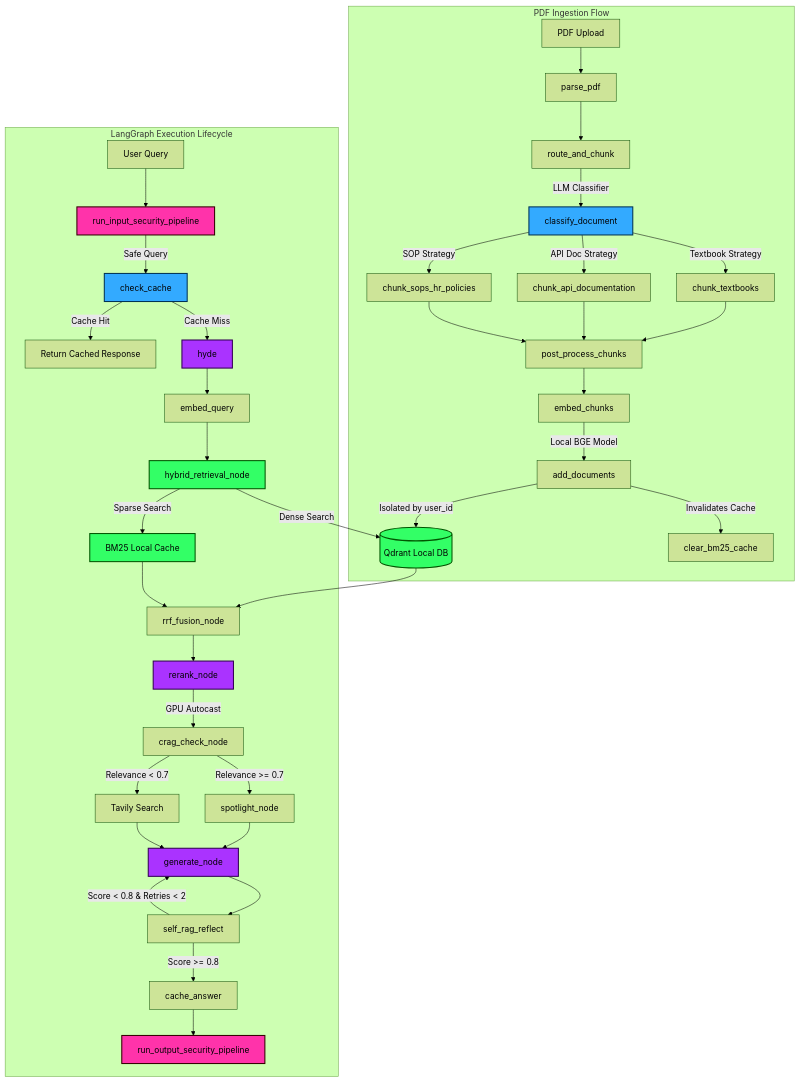
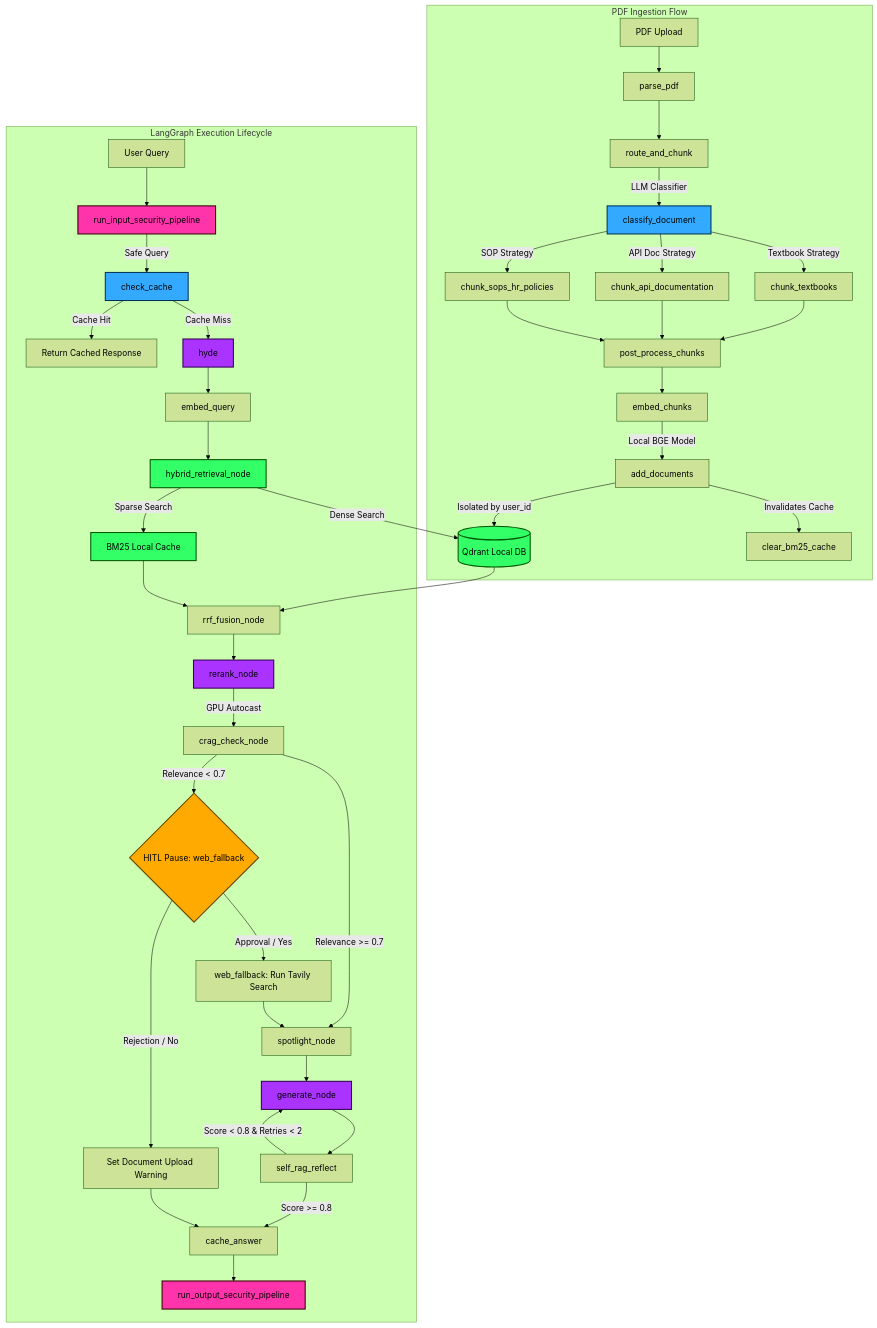
One commit to tarun-hu/Production_Rag_Pipeline changed the diagram in summary.md. Above: the diagram before and after it, drawn with Mermaid (forest theme). The commit also changed other lines of this file, not shown here.

Commit message:
Update summary.md with HITL, user-isolated caching, and Postgres autocommit architectures

````diff
--- a/summary.md
+++ b/summary.md
@@ -11,50 +11,56 @@
 ```mermaid
 graph TD
     %% Styling
     classDef security fill:#f3a,stroke:#300,stroke-width:2px;
     classDef router fill:#3af,stroke:#035,stroke-width:2px;
     classDef data fill:#3f6,stroke:#050,stroke-width:2px;
     classDef llm fill:#a3f,stroke:#305,stroke-width:2px;
+    classDef pause fill:#fa0,stroke:#640,stroke-width:2px;
 
     %% Ingestion Flow
     subgraph Ingestion Pipeline [PDF Ingestion Flow]
         A[PDF Upload] --> B[parse_pdf]
         B --> C[route_and_chunk]
         C -->|LLM Classifier| D[classify_document]
         D -->|Textbook Strategy| E1[chunk_textbooks]
         D -->|API Doc Strategy| E2[chunk_api_documentation]
         D -->|SOP Strategy| E3[chunk_sops_hr_policies]
         E1 & E2 & E3 --> F[post_process_chunks]
         F --> G[embed_chunks]
         G -->|Local BGE Model| H[add_documents]
         H -->|Isolated by user_id| I[(Qdrant Local DB)]
         H -->|Invalidates Cache| J[clear_bm25_cache]
     end
 
     %% Query Flow
     subgraph RAG Query Graph [LangGraph Execution Lifecycle]
         Q[User Query] --> K[run_input_security_pipeline]:::security
         K -->|Safe Query| L[check_cache]
         L -->|Cache Hit| M[Return Cached Response]
         L -->|Cache Miss| N[hyde]:::llm
         N --> O[embed_query]
         O --> P[hybrid_retrieval_node]:::data
         P -->|Dense Search| I
         P -->|Sparse Search| R[BM25 Local Cache]
         I & R --> S[rrf_fusion_node]
         S --> T[rerank_node]:::llm
         T -->|GPU Autocast| U[crag_check_node]
-        U -->|Relevance < 0.7| V[Tavily Search]
         U -->|Relevance >= 0.7| W[spotlight_node]
-        W & V --> X[generate_node]:::llm
+        U -->|Relevance < 0.7| Interrupt{HITL Pause: web_fallback}:::pause
+        Interrupt -->|Rejection / No| Z_Warn[Set Document Upload Warning]
+        Interrupt -->|Approval / Yes| V[web_fallback: Run Tavily Search]
+        V --> W
+        W --> X[generate_node]:::llm
         X --> Y[self_rag_reflect]
         Y -->|Score < 0.8 & Retries < 2| X
         Y -->|Score >= 0.8| Z[cache_answer]
+        Z_Warn --> Z
         Z --> Output[run_output_security_pipeline]:::security
     end
 
     class K,Output security;
     class D,L router;
     class I,R,P data;
     class N,T,X llm;
+    class Interrupt pause;
 ```
````
